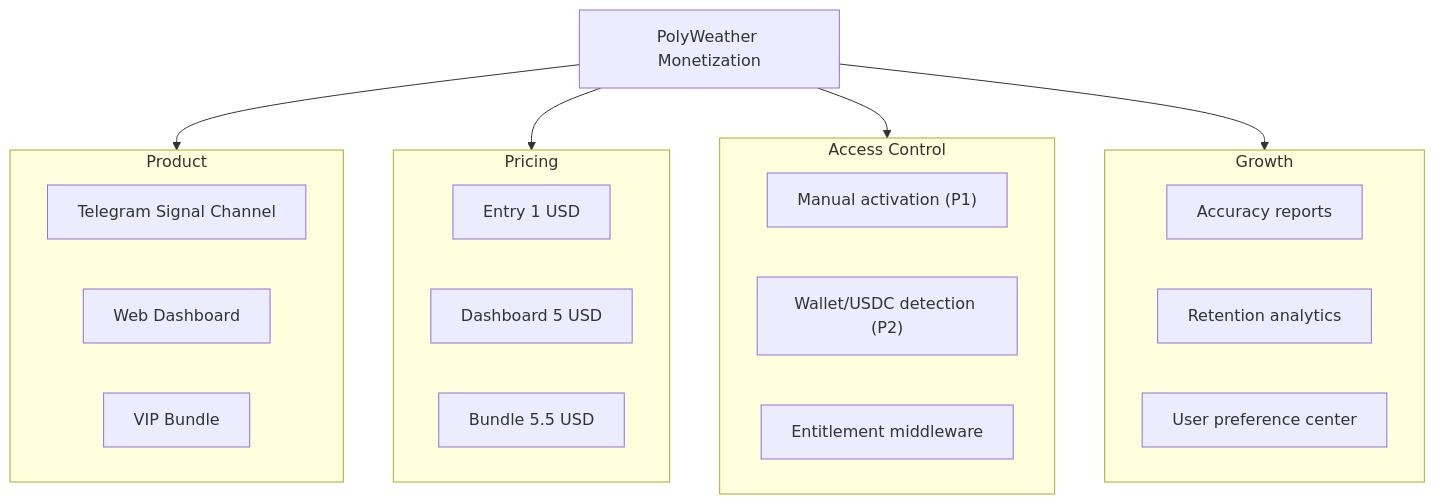
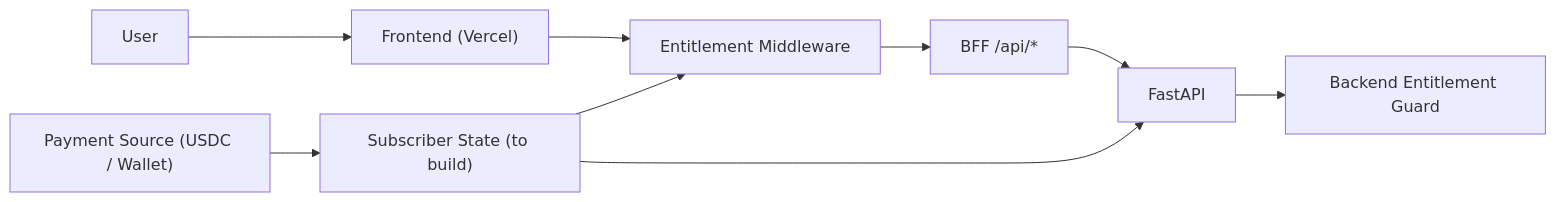
One commit to ivanmladek/PolyWeather changed the diagram in docs/COMMERCIALIZATION.md. Above: the diagram before and after it, drawn with Mermaid. The commit also changed other lines of this file and 7 other files, not shown here.

````diff
--- a/docs/COMMERCIALIZATION.md
+++ b/docs/COMMERCIALIZATION.md
@@ -20,33 +32,12 @@
 ```mermaid
-flowchart TD
-    A["PolyWeather Monetization"]
+flowchart LR
+    U["User"] --> FE["Frontend (Vercel)"]
+    FE --> MW["Entitlement Middleware"]
+    MW --> BFF["BFF /api/*"]
+    BFF --> API["FastAPI"]
+    API --> G["Backend Entitlement Guard"]
 
-    subgraph P["Product"]
-        P1["Telegram Signal Channel"]
-        P2["Web Dashboard"]
-        P3["VIP Bundle"]
-    end
-
-    subgraph R["Pricing"]
-        R1["Entry 1 USD"]
-        R2["Dashboard 5 USD"]
-        R3["Bundle 5.5 USD"]
-    end
-
-    subgraph AC["Access Control"]
-        AC1["Manual activation (P1)"]
-        AC2["Wallet/USDC detection (P2)"]
-        AC3["Entitlement middleware"]
-    end
-
-    subgraph G["Growth"]
-        G1["Accuracy reports"]
-        G2["Retention analytics"]
-        G3["User preference center"]
-    end
-
-    A --> P
-    A --> R
-    A --> AC
-    A --> G
+    P["Payment Source (USDC / Wallet)"] --> S["Subscriber State (to build)"]
+    S --> MW
+    S --> API
 ```
````
